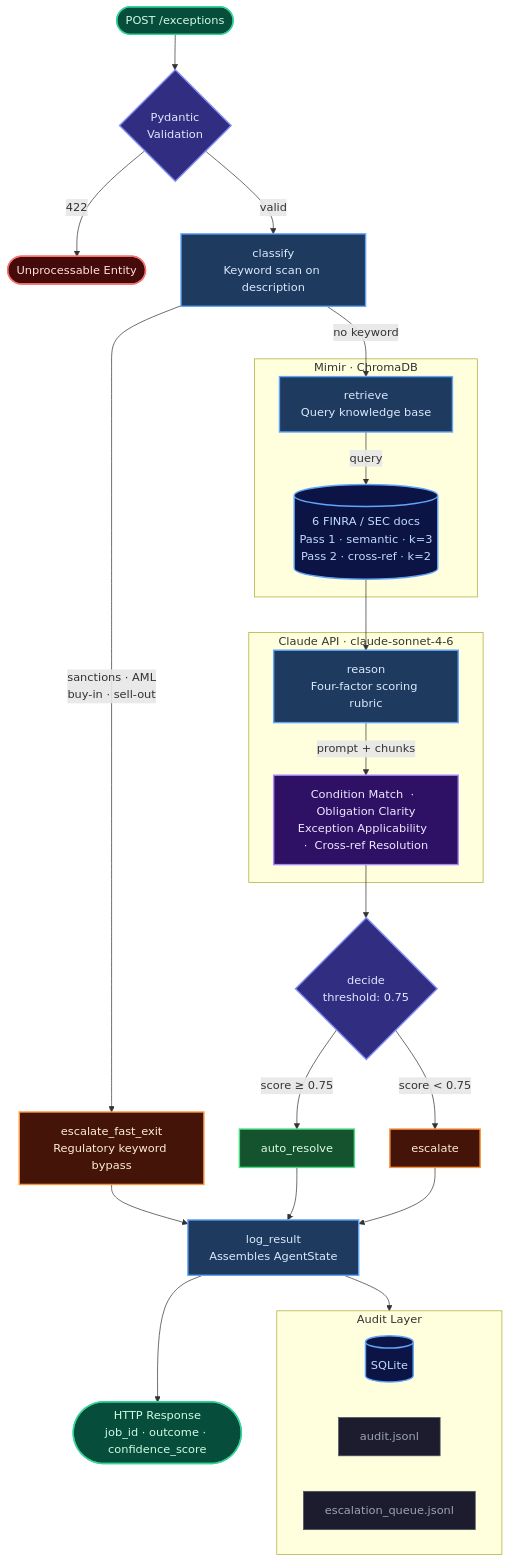
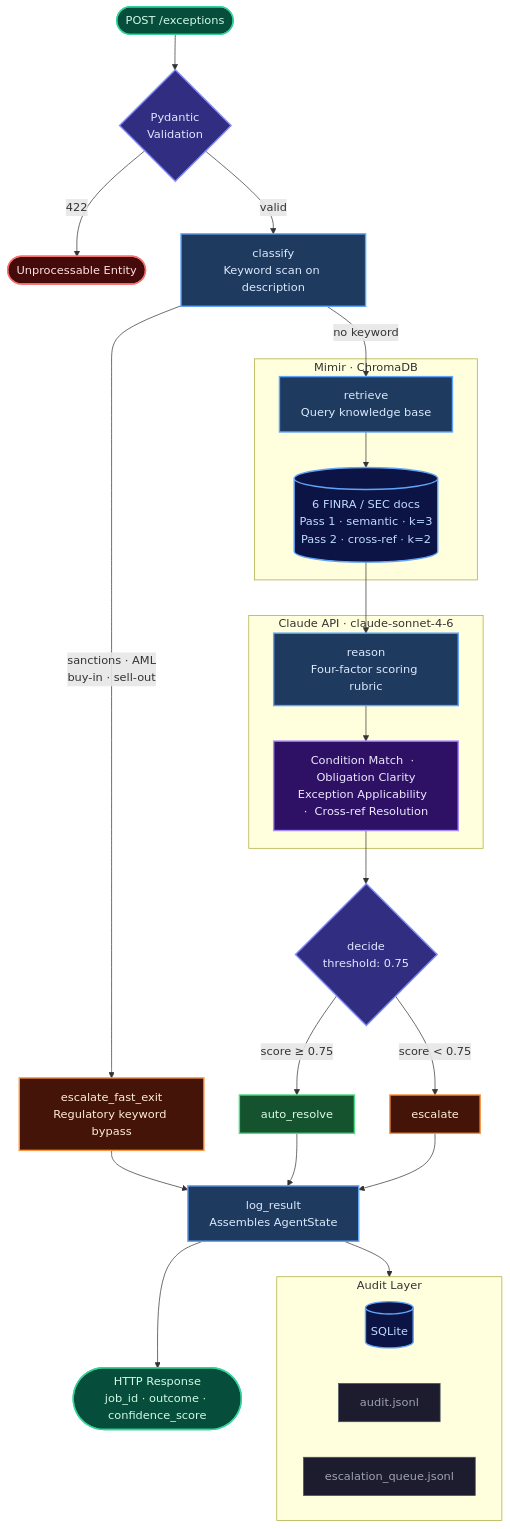
One commit to rlin25/HuginnsMessage changed the diagram in README.md. Above: the diagram before and after it, drawn with Mermaid.

Commit message:
Remove edge labels inside subgraphs to fix text-on-border overlap
Mermaid pushes intra-subgraph edge labels against the container border.
Labels dropped: 'query' (RET->DB) and 'prompt + chunks' (RSN->MODEL).
Subgraph titles already convey the context.

````diff
--- a/README.md
+++ b/README.md
@@ -21,50 +21,50 @@
 ```mermaid
 flowchart TD
     API(["POST /exceptions"]):::api --> VAL{Pydantic\nValidation}:::decision
     VAL -->|"422"| ERR(["Unprocessable Entity"]):::error
     VAL -->|valid| CLS
 
     CLS["classify\nKeyword scan on description"]:::proc
     CLS -->|"sanctions · AML\nbuy-in · sell-out"| FE["escalate_fast_exit\nRegulatory keyword bypass"]:::orange
     CLS -->|no keyword| RET
 
     subgraph MIMIR["Mimir  ·  ChromaDB"]
         RET["retrieve\nQuery knowledge base"]:::proc
         DB[("6 FINRA / SEC docs\nPass 1 · semantic · k=3\nPass 2 · cross-ref · k=2")]:::store
-        RET -->|query| DB
+        RET --> DB
     end
 
     subgraph CLAUDE_API["Claude API  ·  claude-sonnet-4-6"]
         RSN["reason\nFour-factor scoring rubric"]:::proc
         MODEL["Condition Match  ·  Obligation Clarity\nException Applicability  ·  Cross-ref Resolution"]:::llm
-        RSN -->|prompt + chunks| MODEL
+        RSN --> MODEL
     end
 
     DB --> RSN
     MODEL --> DEC{"decide\nthreshold: 0.75"}:::decision
 
     DEC -->|"score ≥ 0.75"| AUTO["auto_resolve"]:::green
     DEC -->|"score < 0.75"| ESC["escalate"]:::orange
 
     FE & AUTO & ESC --> LOG["log_result\nAssembles AgentState"]:::proc
 
     subgraph AUDIT["Audit Layer"]
         direction LR
         SQLDB[("SQLite")]:::store
         AJ["audit.jsonl"]:::file
         EQ["escalation_queue.jsonl"]:::file
     end
 
     LOG --> AUDIT
     LOG --> RESP(["HTTP Response\njob_id · outcome · confidence_score"]):::api
 
     classDef proc fill:#1e3a5f,stroke:#60a5fa,stroke-width:2px,color:#dbeafe
     classDef decision fill:#312e81,stroke:#818cf8,stroke-width:2px,color:#e0e7ff
     classDef green fill:#14532d,stroke:#4ade80,stroke-width:2px,color:#dcfce7
     classDef orange fill:#431407,stroke:#fb923c,stroke-width:2px,color:#ffedd5
     classDef error fill:#450a0a,stroke:#f87171,stroke-width:2px,color:#fee2e2
     classDef store fill:#0c1445,stroke:#60a5fa,stroke-width:2px,color:#bfdbfe
     classDef llm fill:#2e1065,stroke:#a78bfa,stroke-width:2px,color:#ede9fe
     classDef api fill:#064e3b,stroke:#34d399,stroke-width:2px,color:#d1fae5
     classDef file fill:#1c1c2e,stroke:#4b5563,stroke-width:1px,color:#9ca3af
 ```
````
